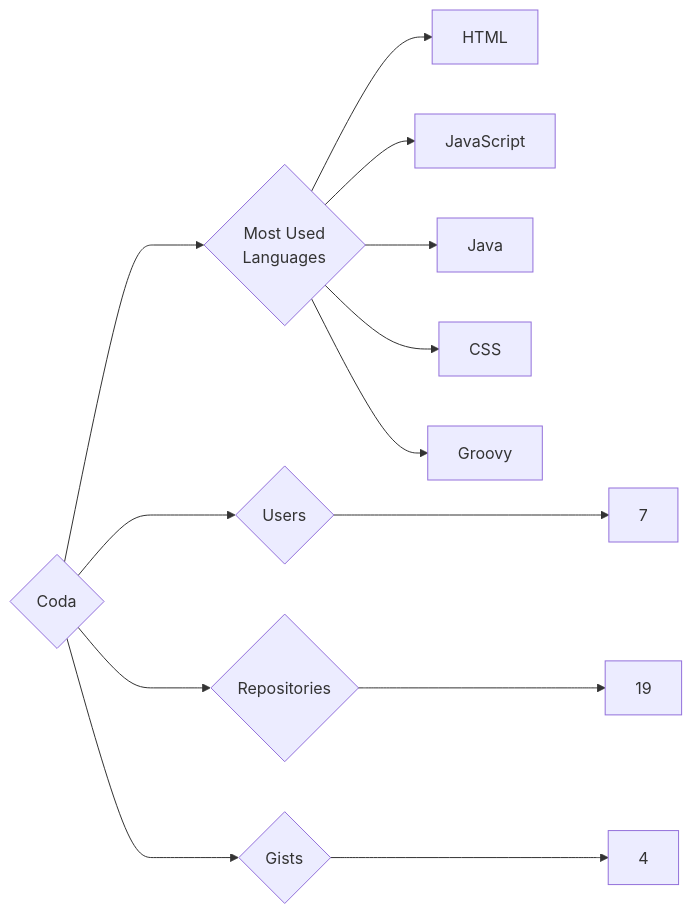
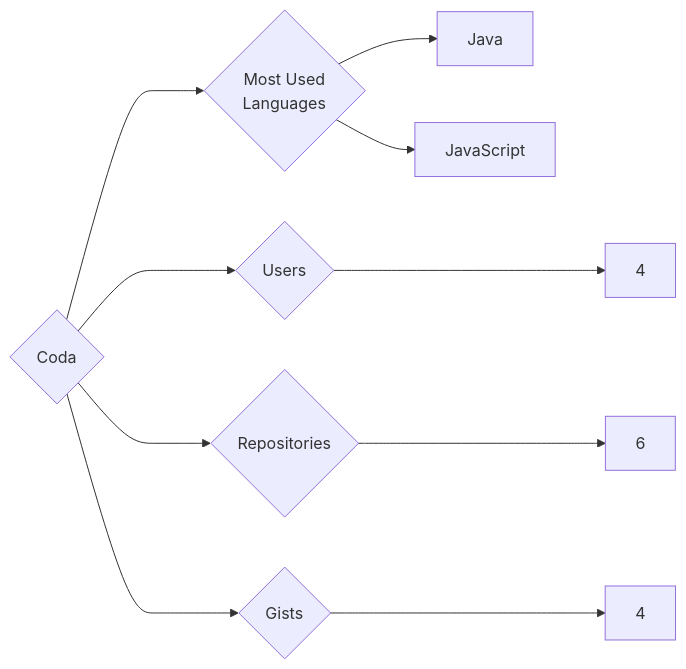
One commit to trickest/insiders changed the diagram in targets/Coda/README.md. Above: the diagram before and after it, drawn with Mermaid. The commit also changed 934 other files, not shown here.

````diff
--- a/targets/Coda/README.md
+++ b/targets/Coda/README.md
@@ -3,13 +3,10 @@
 ```mermaid
 graph LR
 COMPANY_NAME{Coda}
-COMPANY_NAME ---> U{Users} ---> UN[7]
-COMPANY_NAME ---> R{Repositories} ---> RN[19]
+COMPANY_NAME ---> U{Users} ---> UN[4]
+COMPANY_NAME ---> R{Repositories} ---> RN[6]
 COMPANY_NAME ---> G{Gists} ---> GN[4]
 COMPANY_NAME ---> ML{Most Used<br>Languages}
-ML --> HTML[HTML]
+ML --> Java[Java]
 ML --> JavaScript[JavaScript]
-ML --> Java[Java]
-ML --> CSS[CSS]
-ML --> Groovy[Groovy]
 ```
````
